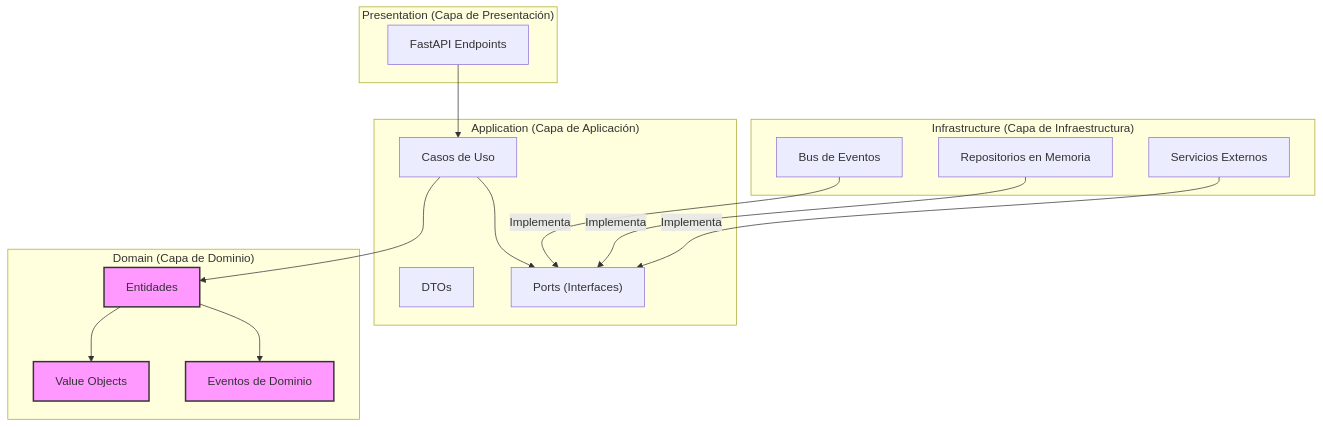
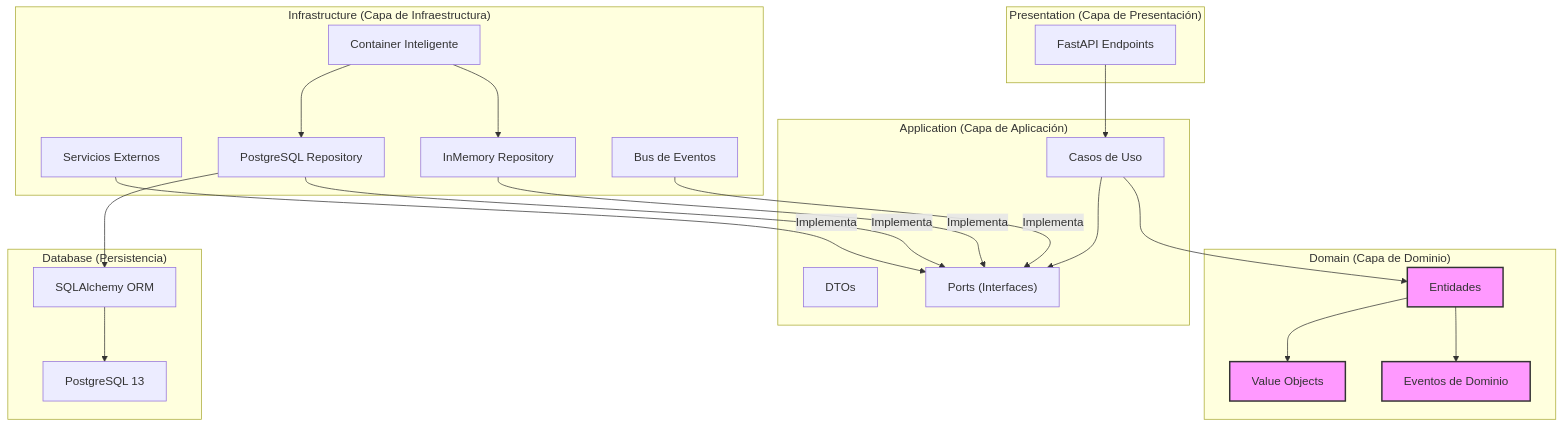
The first of 3 diagrams in README.md (agustinEDev/clean_architecture), drawn with Mermaid before and after one commit. The commit also changed other lines of this file, not shown here.

````diff
--- a/README.md
+++ b/README.md
@@ -99,34 +111,45 @@
 ```mermaid
 graph TD;
     subgraph "Presentation (Capa de Presentación)"
         A["FastAPI Endpoints"]
     end
     subgraph "Application (Capa de Aplicación)"
         B["Casos de Uso"]
         C["DTOs"]
         D["Ports (Interfaces)"]
     end
     subgraph "Domain (Capa de Dominio)"
         E["Entidades"]
         F["Value Objects"]
         G["Eventos de Dominio"]
     end
     subgraph "Infrastructure (Capa de Infraestructura)"
-        H["Repositorios en Memoria"]
+        H["InMemory Repository"]
+        H2["PostgreSQL Repository"]
         I["Servicios Externos"]
         J["Bus de Eventos"]
+        K["Container Inteligente"]
+    end
+    subgraph "Database (Persistencia)"
+        L["PostgreSQL 13"]
+        M["SQLAlchemy ORM"]
     end
 
     A --> B
     B --> D
     B --> E
     J -- Implementa --> D
     H -- Implementa --> D
+    H2 -- Implementa --> D
     I -- Implementa --> D
+    K --> H
+    K --> H2
+    H2 --> M
+    M --> L
     E --> F
     E --> G
 
     style E fill:#f9f,stroke:#333,stroke-width:2px
     style F fill:#f9f,stroke:#333,stroke-width:2px
     style G fill:#f9f,stroke:#333,stroke-width:2px
 ```
````
